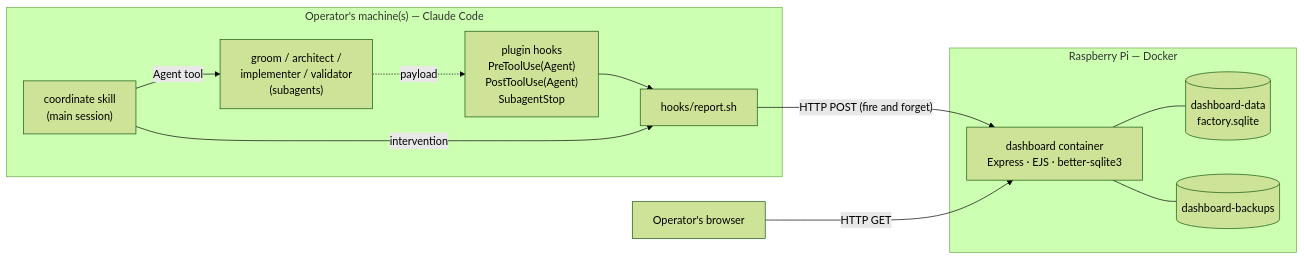
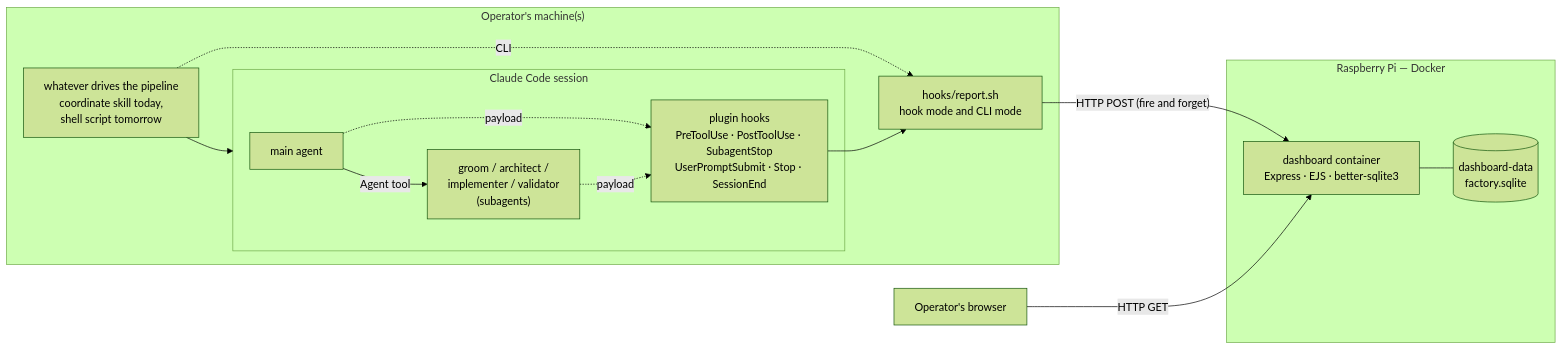
One commit to vkuras/factory changed the diagram in docs/architecture/overview.md. Above: the diagram before and after it, drawn with Mermaid (forest theme). The commit also changed other lines of this file and 12 other files, not shown here.

Commit message:
docs(001): architecture revision

````diff
--- a/docs/architecture/overview.md
+++ b/docs/architecture/overview.md
@@ -17,23 +19,26 @@
 ```mermaid
 flowchart LR
-  subgraph machine["Operator's machine(s) — Claude Code"]
-    coord["coordinate skill<br/>(main session)"]
-    agents["groom / architect /<br/>implementer / validator<br/>(subagents)"]
-    hooks["plugin hooks<br/>PreToolUse(Agent)<br/>PostToolUse(Agent)<br/>SubagentStop"]
-    rep["hooks/report.sh"]
-    coord -->|Agent tool| agents
-    agents -.->|payload| hooks
+  subgraph machine["Operator's machine(s)"]
+    driver["whatever drives the pipeline<br/>coordinate skill today,<br/>shell script tomorrow"]
+    subgraph cc["Claude Code session"]
+      main["main agent"]
+      agents["groom / architect /<br/>implementer / validator<br/>(subagents)"]
+      hooks["plugin hooks<br/>PreToolUse · PostToolUse · SubagentStop<br/>UserPromptSubmit · Stop · SessionEnd"]
+      main -->|Agent tool| agents
+      main -.->|payload| hooks
+      agents -.->|payload| hooks
+    end
+    rep["hooks/report.sh<br/>hook mode and CLI mode"]
+    driver --> cc
+    driver -.->|CLI| rep
     hooks --> rep
-    coord -->|intervention| rep
   end
   subgraph pi["Raspberry Pi — Docker"]
     app["dashboard container<br/>Express · EJS · better-sqlite3"]
     db[("dashboard-data<br/>factory.sqlite")]
-    bak[("dashboard-backups")]
     app --- db
-    app --- bak
   end
   browser["Operator's browser"]
   rep -->|"HTTP POST (fire and forget)"| app
   browser -->|HTTP GET| app
 ```
````
